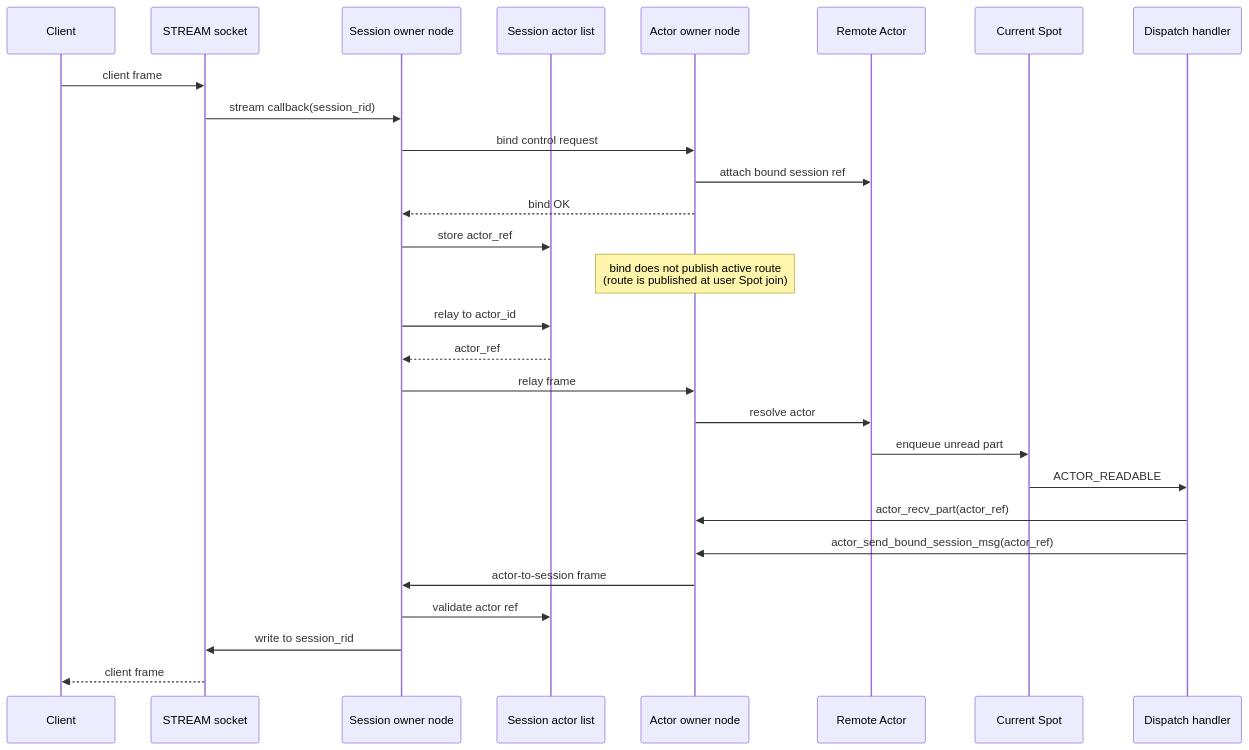
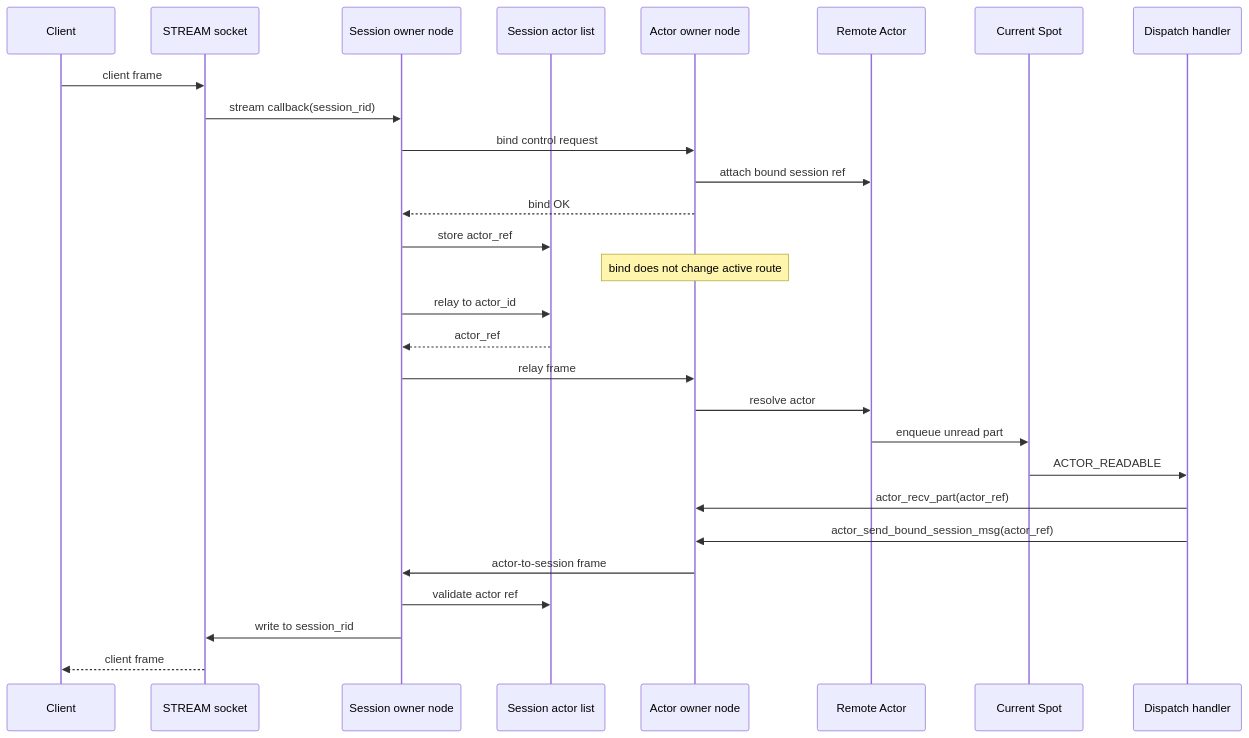
The tenth of 12 diagrams in doc/internals/spot-internals.ko.md (kairos-code-dev/zlink), drawn with Mermaid before and after one commit. The commit also changed other lines of this file and 194 other files, not shown here.

Commit message:
feat: add actor spot route discovery

````diff
--- a/doc/internals/spot-internals.ko.md
+++ b/doc/internals/spot-internals.ko.md
@@ -757,33 +758,33 @@
 ```mermaid
 sequenceDiagram
   participant Client
   participant Stream as STREAM socket
   participant SessNode as Session owner node
   participant List as Session actor list
   participant ActorNode as Actor owner node
   participant ActorObj as Remote Actor
   participant Spot as Current Spot
   participant Handler as Dispatch handler
 
   Client->>Stream: client frame
   Stream->>SessNode: stream callback(session_rid)
   SessNode->>ActorNode: bind control request
   ActorNode->>ActorObj: attach bound session ref
   ActorNode-->>SessNode: bind OK
   SessNode->>List: store actor_ref
-  Note over ActorNode: bind does not publish active route<br/>(route is published at user Spot join)
+  Note over ActorNode: bind does not change active route
 
   SessNode->>List: relay to actor_id
   List-->>SessNode: actor_ref
   SessNode->>ActorNode: relay frame
   ActorNode->>ActorObj: resolve actor
   ActorObj->>Spot: enqueue unread part
   Spot->>Handler: ACTOR_READABLE
   Handler->>ActorNode: actor_recv_part(actor_ref)
 
   Handler->>ActorNode: actor_send_bound_session_msg(actor_ref)
   ActorNode->>SessNode: actor-to-session frame
   SessNode->>List: validate actor ref
   SessNode->>Stream: write to session_rid
   Stream-->>Client: client frame
 ```
````
